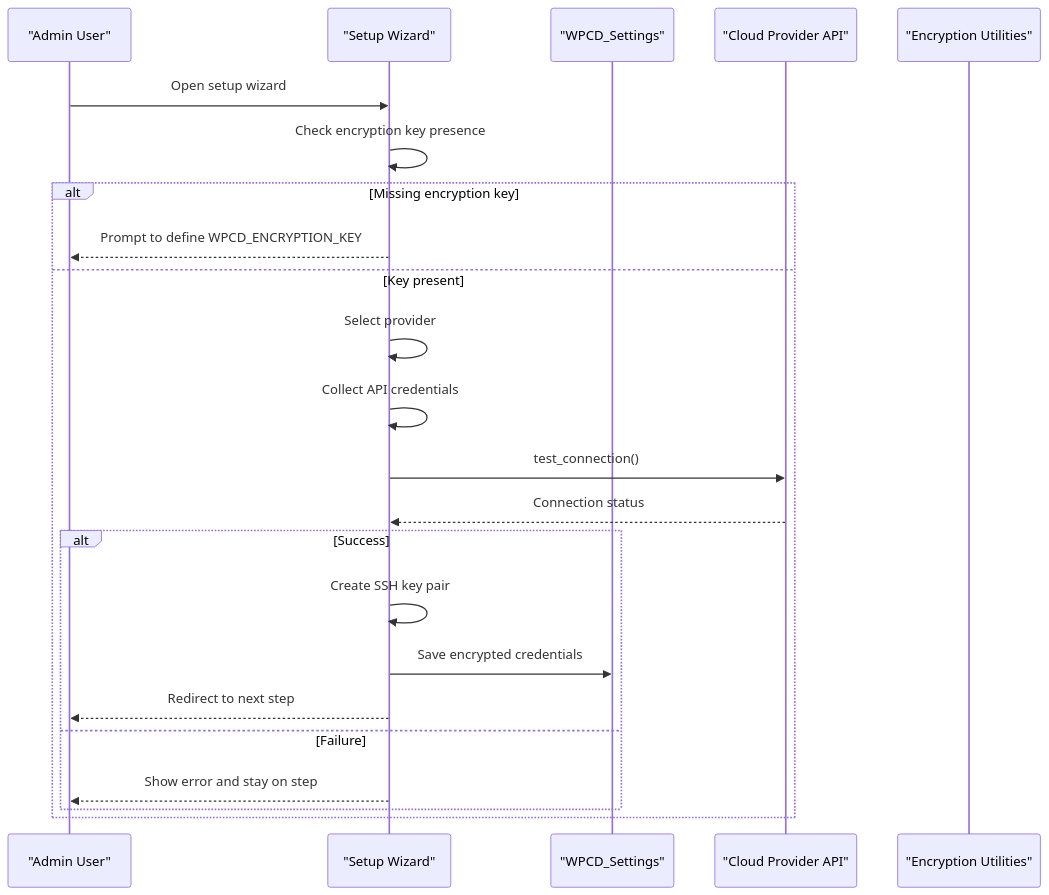
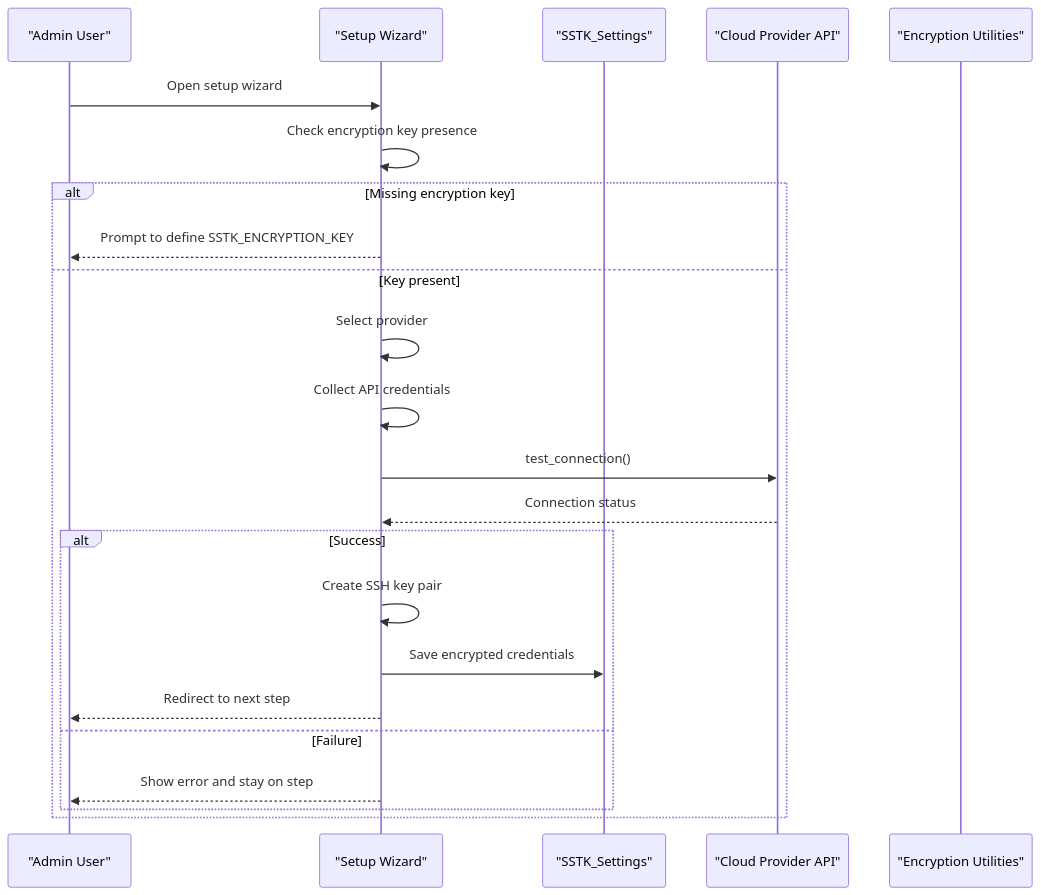
One commit to onedogsolutions/simple-stack changed the second of 8 diagrams in .qoder/repowiki/en/content/Core Components/Settings Management System.md. Above: the diagram before and after it, drawn with Mermaid. The commit also changed other lines of this file and 5941 other files, not shown here.

````diff
--- a/.qoder/repowiki/en/content/Core Components/Settings Management System.md
+++ b/.qoder/repowiki/en/content/Core Components/Settings Management System.md
@@ -82,25 +82,25 @@
 ```mermaid
 sequenceDiagram
 participant Admin as "Admin User"
 participant Wizard as "Setup Wizard"
-participant Settings as "WPCD_Settings"
+participant Settings as "SSTK_Settings"
 participant Provider as "Cloud Provider API"
 participant Crypto as "Encryption Utilities"
 Admin->>Wizard : Open setup wizard
 Wizard->>Wizard : Check encryption key presence
 alt Missing encryption key
-Wizard-->>Admin : Prompt to define WPCD_ENCRYPTION_KEY
+Wizard-->>Admin : Prompt to define SSTK_ENCRYPTION_KEY
 else Key present
 Wizard->>Wizard : Select provider
 Wizard->>Wizard : Collect API credentials
 Wizard->>Provider : test_connection()
 Provider-->>Wizard : Connection status
 alt Success
 Wizard->>Wizard : Create SSH key pair
 Wizard->>Settings : Save encrypted credentials
 Wizard-->>Admin : Redirect to next step
 else Failure
 Wizard-->>Admin : Show error and stay on step
 end
 end
 ```
````
